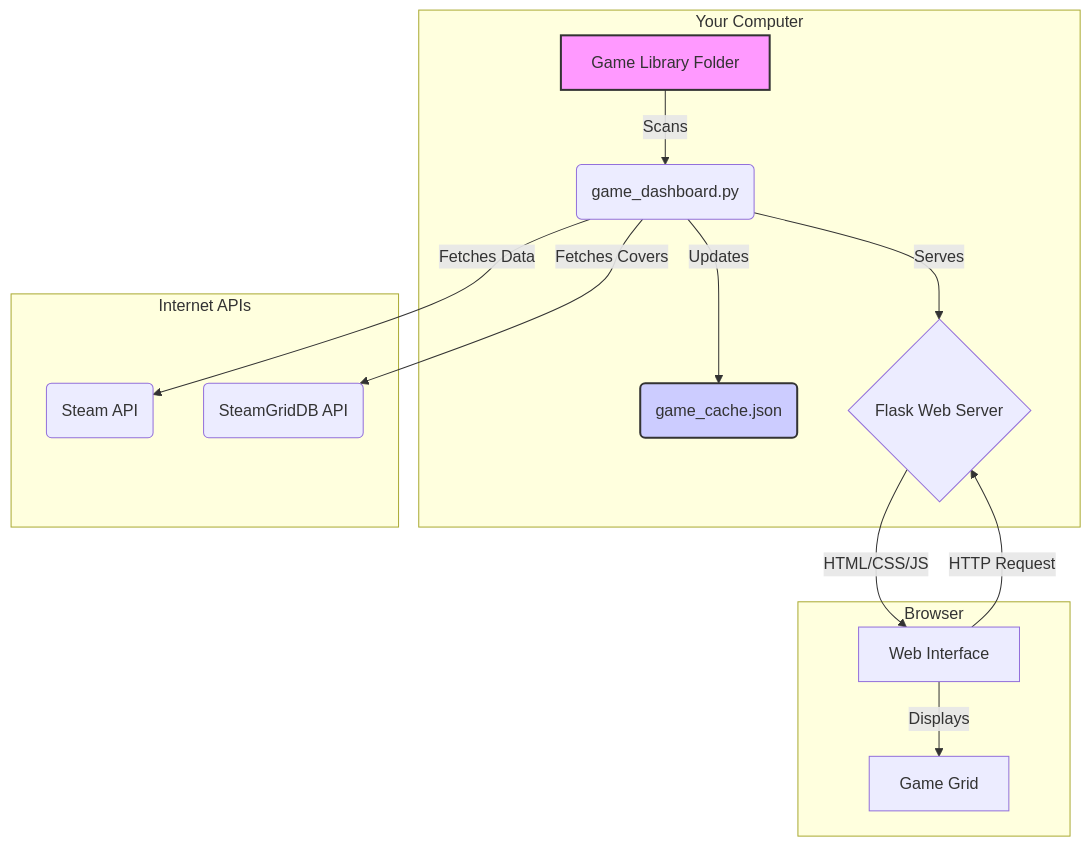
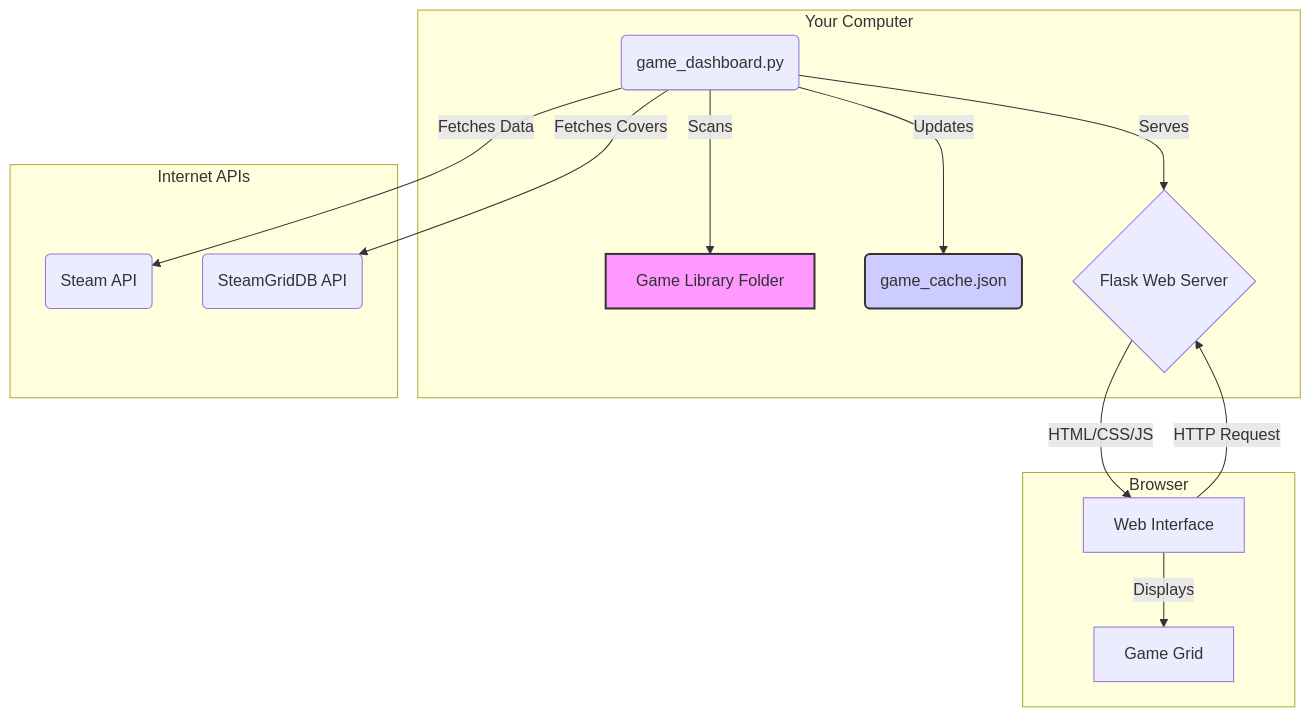
The diagram in README.md (TomHuynhSG/steam-game-dashboard), drawn with Mermaid before and after one commit.

Commit message:
docs: Correct data flow in architecture diagram
Reverse the arrow direction in the Mermaid diagram within the README.

The diagram previously showed the game library folder scanning the Python script, which is incorrect. This change corrects the flow to accurately show that the `game_dashboard.py` script scans the game library folder.

````diff
--- a/README.md
+++ b/README.md
@@ -153,22 +153,22 @@
 ```mermaid
 graph TD
     subgraph Your Computer
-        A[Game Library Folder] -->|Scans| B(game_dashboard.py);
+        B(game_dashboard.py) -->|Scans| A[Game Library Folder];
         B -->|Updates| C(game_cache.json);
         B -->|Serves| D{Flask Web Server};
     end
 
     subgraph Browser
         E[Web Interface] -->|HTTP Request| D;
         D -->|HTML/CSS/JS| E;
         E -->|Displays| F[Game Grid];
     end
 
     subgraph Internet APIs
         B -->|Fetches Data| G(Steam API);
         B -->|Fetches Covers| H(SteamGridDB API);
     end
 
     style A fill:#f9f,stroke:#333,stroke-width:2px
     style C fill:#ccf,stroke:#333,stroke-width:2px
 ```
````
